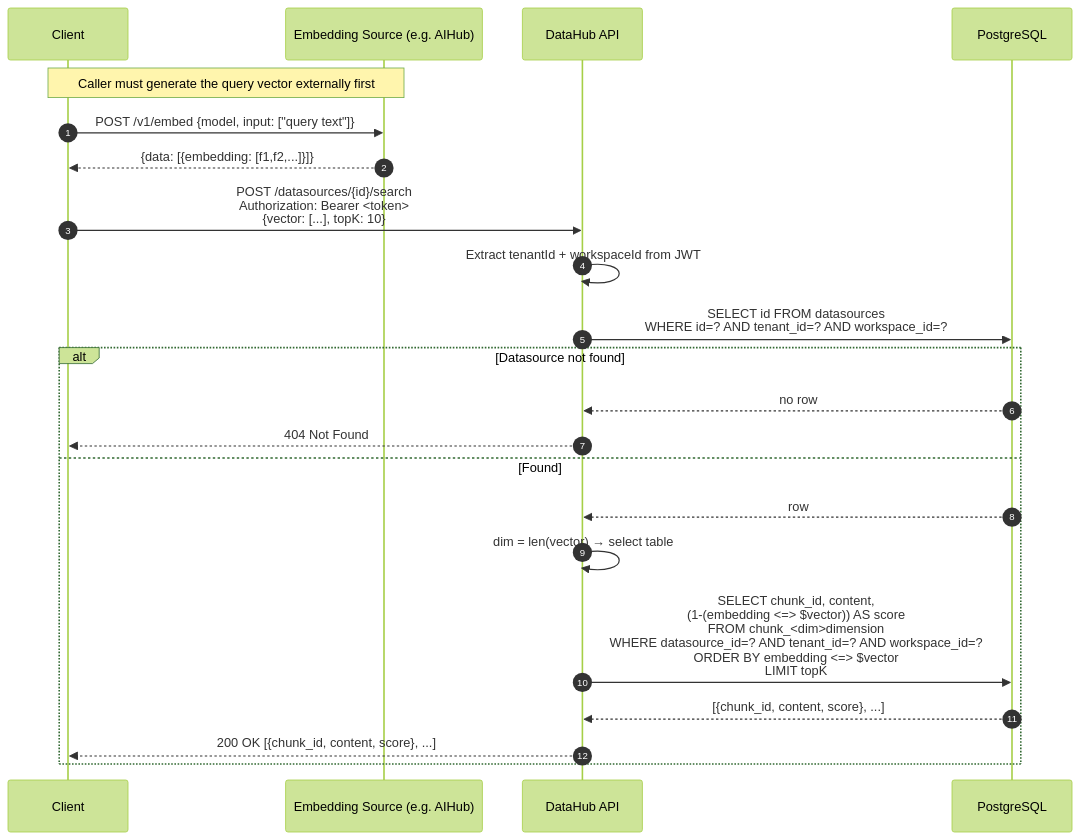
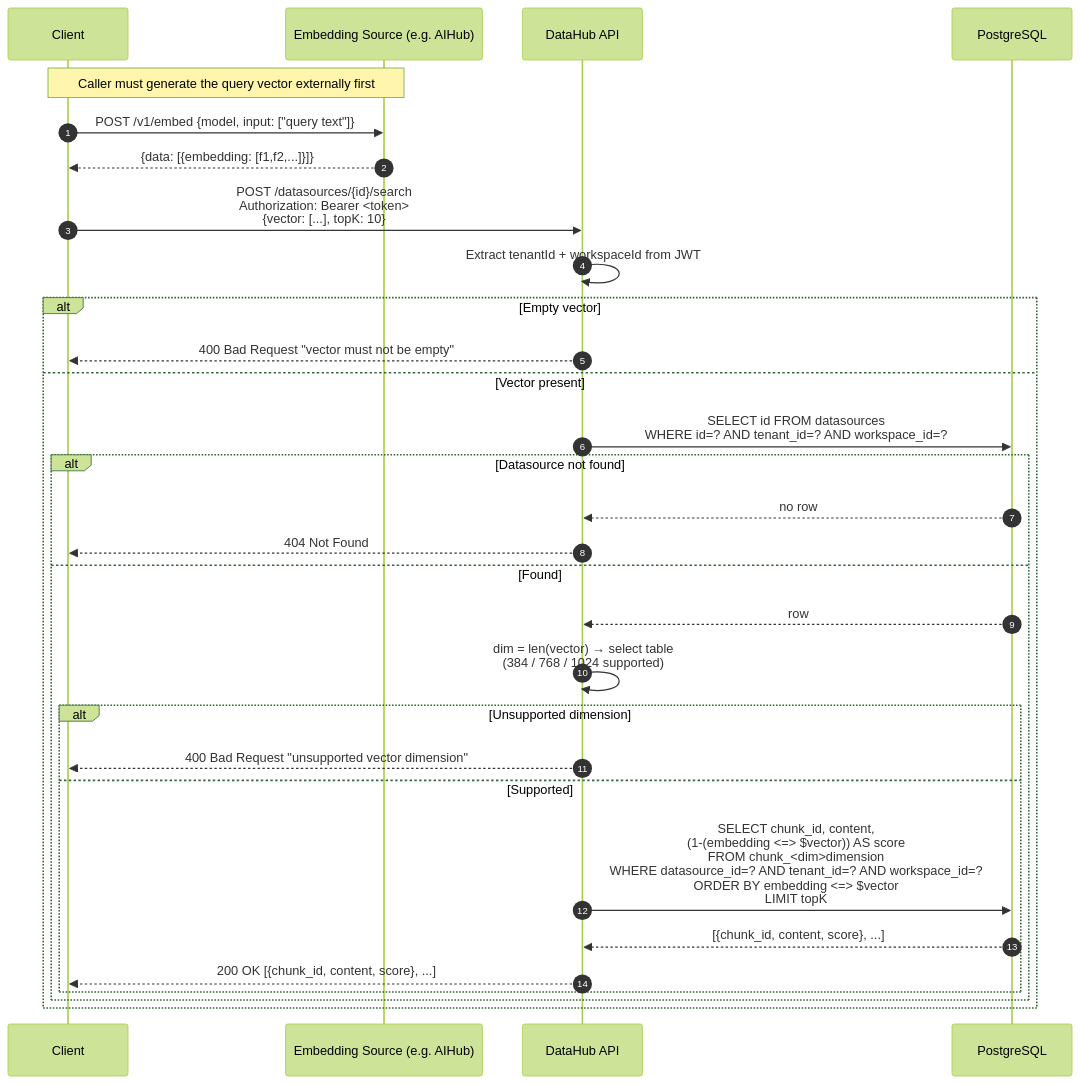
The eighth of 11 diagrams in docs/architecture/datahub/sequence.md (Andrew-Bu1/Agent-Platform), drawn with Mermaid (forest theme) before and after one commit. The commit also changed other lines of this file and 21 other files, not shown here.

````diff
--- a/docs/architecture/datahub/sequence.md
+++ b/docs/architecture/datahub/sequence.md
@@ -359,26 +361,34 @@
 ```mermaid
 sequenceDiagram
     autonumber
     participant C as Client
     participant EXT as Embedding Source (e.g. AIHub)
     participant DH as DataHub API
     participant DB as PostgreSQL
 
     Note over C,EXT: Caller must generate the query vector externally first
     C->>EXT: POST /v1/embed {model, input: ["query text"]}
     EXT-->>C: {data: [{embedding: [f1,f2,...]}]}
 
     C->>DH: POST /datasources/{id}/search<br/>Authorization: Bearer <token><br/>{vector: [...], topK: 10}
     DH->>DH: Extract tenantId + workspaceId from JWT
-    DH->>DB: SELECT id FROM datasources<br/>WHERE id=? AND tenant_id=? AND workspace_id=?
-    alt Datasource not found
-        DB-->>DH: no row
-        DH-->>C: 404 Not Found
-    else Found
-        DB-->>DH: row
-        DH->>DH: dim = len(vector) → select table
-        DH->>DB: SELECT chunk_id, content,<br/>(1-(embedding <=> $vector)) AS score<br/>FROM chunk_<dim>dimension<br/>WHERE datasource_id=? AND tenant_id=? AND workspace_id=?<br/>ORDER BY embedding <=> $vector<br/>LIMIT topK
-        DB-->>DH: [{chunk_id, content, score}, ...]
-        DH-->>C: 200 OK [{chunk_id, content, score}, ...]
+    alt Empty vector
+        DH-->>C: 400 Bad Request "vector must not be empty"
+    else Vector present
+        DH->>DB: SELECT id FROM datasources<br/>WHERE id=? AND tenant_id=? AND workspace_id=?
+        alt Datasource not found
+            DB-->>DH: no row
+            DH-->>C: 404 Not Found
+        else Found
+            DB-->>DH: row
+            DH->>DH: dim = len(vector) → select table<br/>(384 / 768 / 1024 supported)
+            alt Unsupported dimension
+                DH-->>C: 400 Bad Request "unsupported vector dimension"
+            else Supported
+                DH->>DB: SELECT chunk_id, content,<br/>(1-(embedding <=> $vector)) AS score<br/>FROM chunk_<dim>dimension<br/>WHERE datasource_id=? AND tenant_id=? AND workspace_id=?<br/>ORDER BY embedding <=> $vector<br/>LIMIT topK
+                DB-->>DH: [{chunk_id, content, score}, ...]
+                DH-->>C: 200 OK [{chunk_id, content, score}, ...]
+            end
+        end
     end
 ```
````
